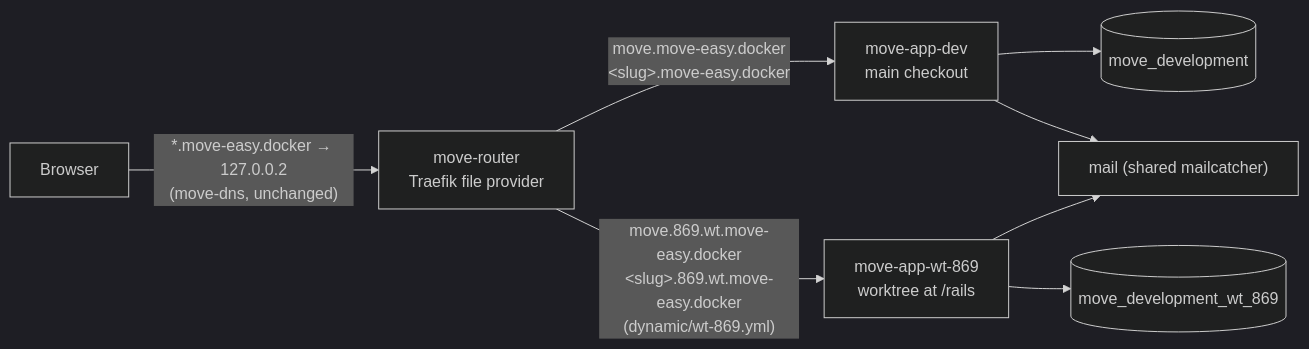
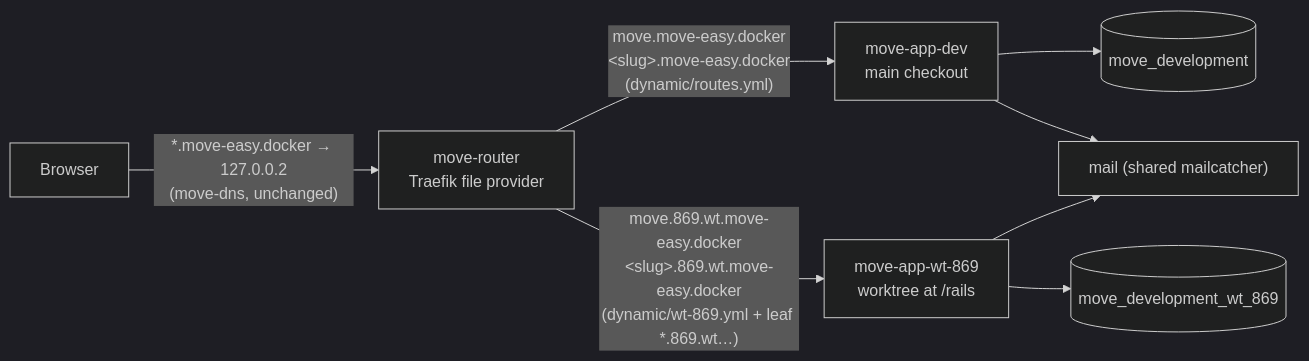
Before and after one commit to joel/move: the fourth of 5 diagrams in doc/project/local-edge.md, drawn with Mermaid (dark theme). The commit also changed other lines of this file and 17 other files, not shown here.

First line of the commit message:
Serve a worktree in the browser next to main (#869) (#1002)

````diff
--- a/doc/project/local-edge.md
+++ b/doc/project/local-edge.md
@@ -267,9 +272,9 @@
 ```mermaid
 flowchart LR
   B["Browser"] -->|"*.move-easy.docker → 127.0.0.2<br/>(move-dns, unchanged)"| T["move-router<br/>Traefik file provider"]
-  T -->|"move.move-easy.docker<br/>&lt;slug&gt;.move-easy.docker"| A["move-app-dev<br/>main checkout"]
-  T -->|"move.869.wt.move-easy.docker<br/>&lt;slug&gt;.869.wt.move-easy.docker<br/>(dynamic/wt-869.yml)"| W["move-app-wt-869<br/>worktree at /rails"]
+  T -->|"move.move-easy.docker<br/>&lt;slug&gt;.move-easy.docker<br/>(dynamic/routes.yml)"| A["move-app-dev<br/>main checkout"]
+  T -->|"move.869.wt.move-easy.docker<br/>&lt;slug&gt;.869.wt.move-easy.docker<br/>(dynamic/wt-869.yml + leaf *.869.wt…)"| W["move-app-wt-869<br/>worktree at /rails"]
   A --> DBM[("move_development")]
   W --> DBW[("move_development_wt_869")]
   A & W --> M["mail (shared mailcatcher)"]
 ```
````
